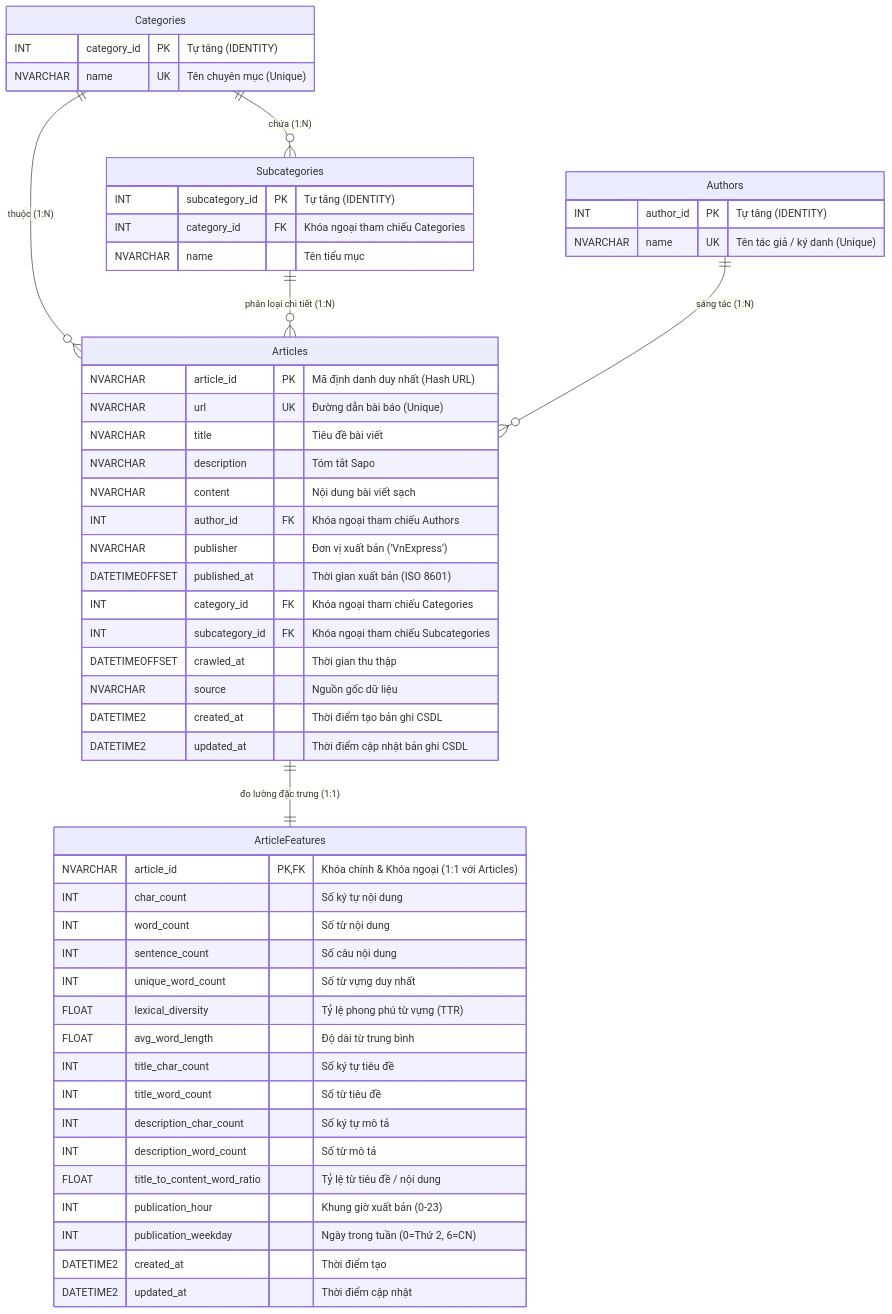
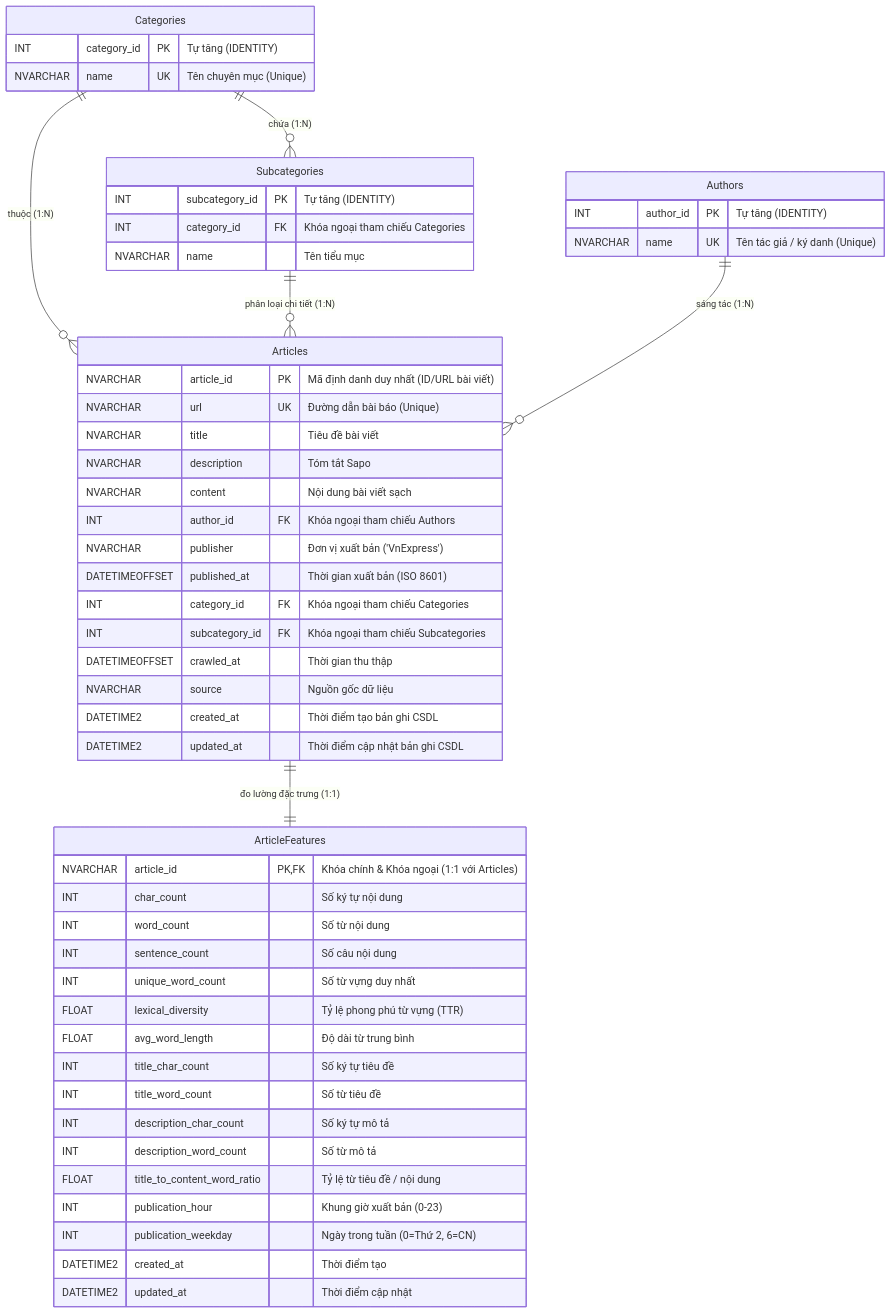
The fourth of 5 diagrams in docs/pipeline_flow.md (Trunghieu2007/ADY201m-Project), drawn with Mermaid before and after one commit. The commit also changed other lines of this file and 12 other files, not shown here.

````diff
--- a/docs/pipeline_flow.md
+++ b/docs/pipeline_flow.md
@@ -189,60 +189,60 @@
 ```mermaid
 erDiagram
     Categories ||--o{ Subcategories : "chứa (1:N)"
     Categories ||--o{ Articles : "thuộc (1:N)"
     Subcategories ||--o{ Articles : "phân loại chi tiết (1:N)"
     Authors ||--o{ Articles : "sáng tác (1:N)"
     Articles ||--|| ArticleFeatures : "đo lường đặc trưng (1:1)"
 
     Categories {
         INT category_id PK "Tự tăng (IDENTITY)"
         NVARCHAR name UK "Tên chuyên mục (Unique)"
     }
 
     Subcategories {
         INT subcategory_id PK "Tự tăng (IDENTITY)"
         INT category_id FK "Khóa ngoại tham chiếu Categories"
         NVARCHAR name "Tên tiểu mục"
     }
 
     Authors {
         INT author_id PK "Tự tăng (IDENTITY)"
         NVARCHAR name UK "Tên tác giả / ký danh (Unique)"
     }
 
     Articles {
-        NVARCHAR article_id PK "Mã định danh duy nhất (Hash URL)"
+        NVARCHAR article_id PK "Mã định danh duy nhất (ID/URL bài viết)"
         NVARCHAR url UK "Đường dẫn bài báo (Unique)"
         NVARCHAR title "Tiêu đề bài viết"
         NVARCHAR description "Tóm tắt Sapo"
         NVARCHAR content "Nội dung bài viết sạch"
         INT author_id FK "Khóa ngoại tham chiếu Authors"
         NVARCHAR publisher "Đơn vị xuất bản ('VnExpress')"
         DATETIMEOFFSET published_at "Thời gian xuất bản (ISO 8601)"
         INT category_id FK "Khóa ngoại tham chiếu Categories"
         INT subcategory_id FK "Khóa ngoại tham chiếu Subcategories"
         DATETIMEOFFSET crawled_at "Thời gian thu thập"
         NVARCHAR source "Nguồn gốc dữ liệu"
         DATETIME2 created_at "Thời điểm tạo bản ghi CSDL"
         DATETIME2 updated_at "Thời điểm cập nhật bản ghi CSDL"
     }
 
     ArticleFeatures {
         NVARCHAR article_id PK,FK "Khóa chính & Khóa ngoại (1:1 với Articles)"
         INT char_count "Số ký tự nội dung"
         INT word_count "Số từ nội dung"
         INT sentence_count "Số câu nội dung"
         INT unique_word_count "Số từ vựng duy nhất"
         FLOAT lexical_diversity "Tỷ lệ phong phú từ vựng (TTR)"
         FLOAT avg_word_length "Độ dài từ trung bình"
         INT title_char_count "Số ký tự tiêu đề"
         INT title_word_count "Số từ tiêu đề"
         INT description_char_count "Số ký tự mô tả"
         INT description_word_count "Số từ mô tả"
         FLOAT title_to_content_word_ratio "Tỷ lệ từ tiêu đề / nội dung"
         INT publication_hour "Khung giờ xuất bản (0-23)"
         INT publication_weekday "Ngày trong tuần (0=Thứ 2, 6=CN)"
         DATETIME2 created_at "Thời điểm tạo"
         DATETIME2 updated_at "Thời điểm cập nhật"
     }
 ```
````
